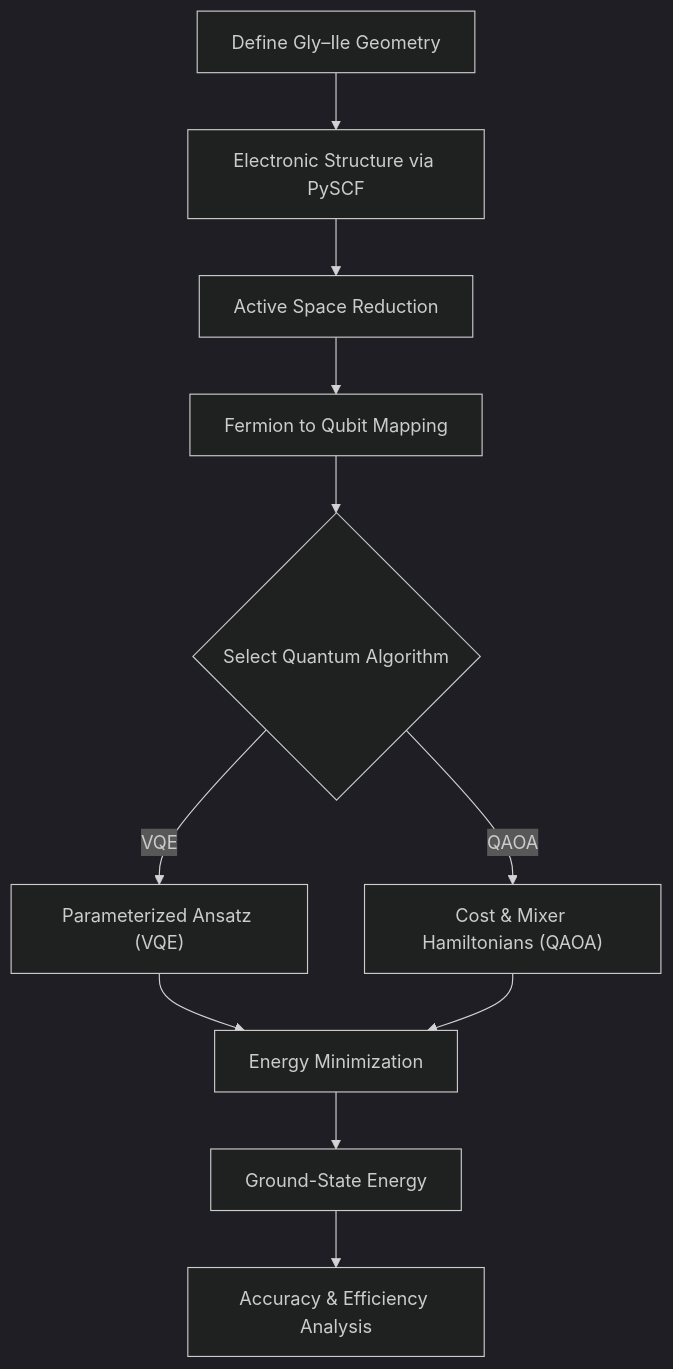
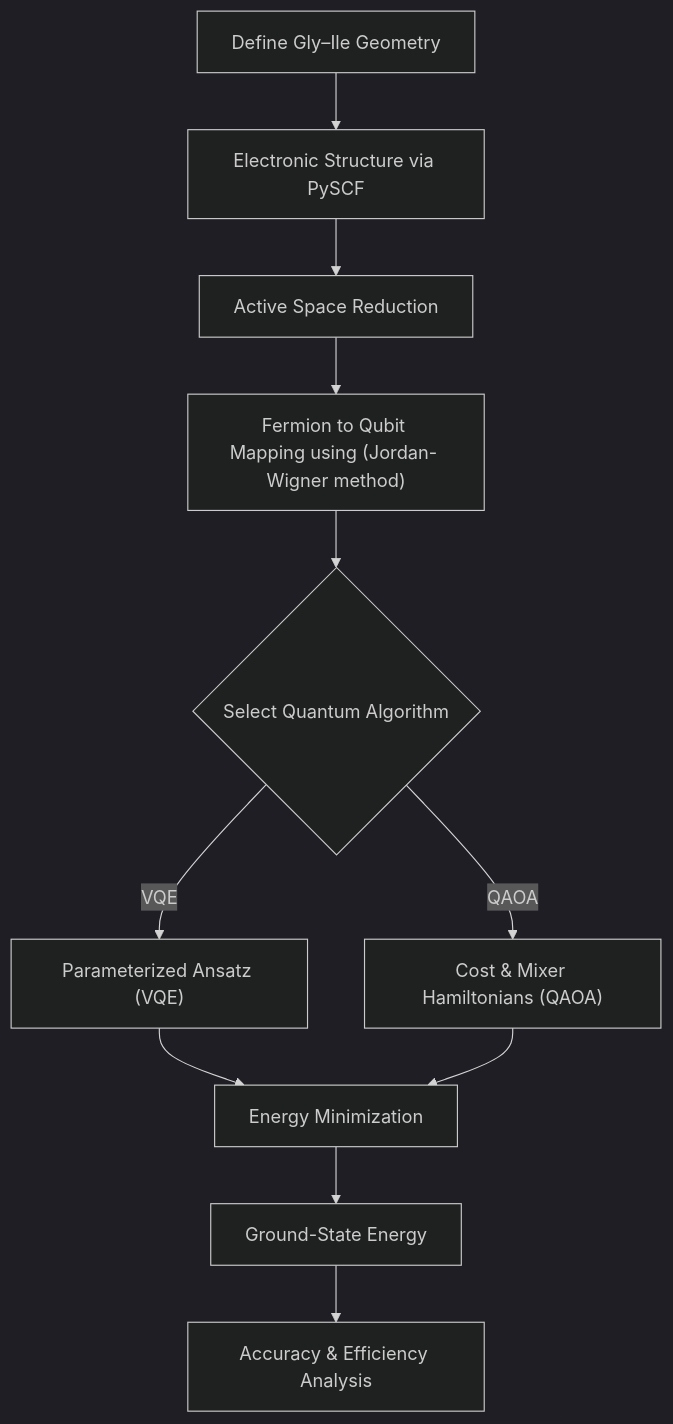
The diagram in README.md (Prashik123/Protein_folding-Variational_Algo-Qiskit), drawn with Mermaid (dark theme) before and after one commit.

````diff
--- a/README.md
+++ b/README.md
@@ -135,18 +135,18 @@
 ```mermaid
 flowchart TD
     A["Define Gly–Ile Geometry"] --> B["Electronic Structure via PySCF"]
     B --> C["Active Space Reduction"]
-    C --> D["Fermion to Qubit Mapping"]
+    C --> D["Fermion to Qubit Mapping using (Jordan- Wigner method)"]
 
     D --> E{"Select Quantum Algorithm"}
 
     E -->|VQE| F["Parameterized Ansatz (VQE)"]
     E -->|QAOA| G["Cost & Mixer Hamiltonians (QAOA)"]
 
     F --> H["Energy Minimization"]
     G --> H
 
     H --> I["Ground-State Energy"]
     I --> J["Accuracy & Efficiency Analysis"]
 
 ```
````
